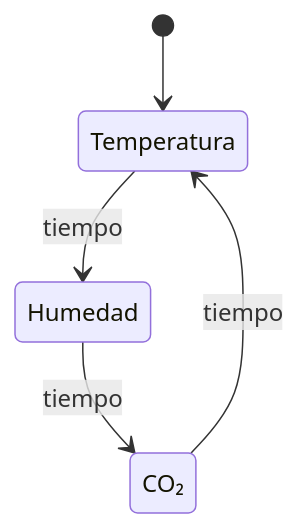
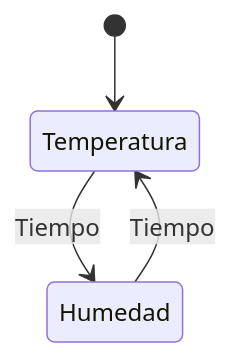
One commit to monsterRrat/SCTR_EstacionMeteorologica changed the diagram in README.md. Above: the diagram before and after it, drawn with Mermaid. The commit also changed other lines of this file, not shown here.

````diff
--- a/README.md
+++ b/README.md
@@ -37,8 +35,7 @@
 ```mermaid
 stateDiagram-v2
     direction TB
     [*] --> Temperatura
-    Temperatura --> Humedad : tiempo
-    Humedad --> CO₂ : tiempo
-    CO₂ --> Temperatura : tiempo
+    Temperatura --> Humedad : Tiempo
+    Humedad --> Temperatura : Tiempo
 ```
````
